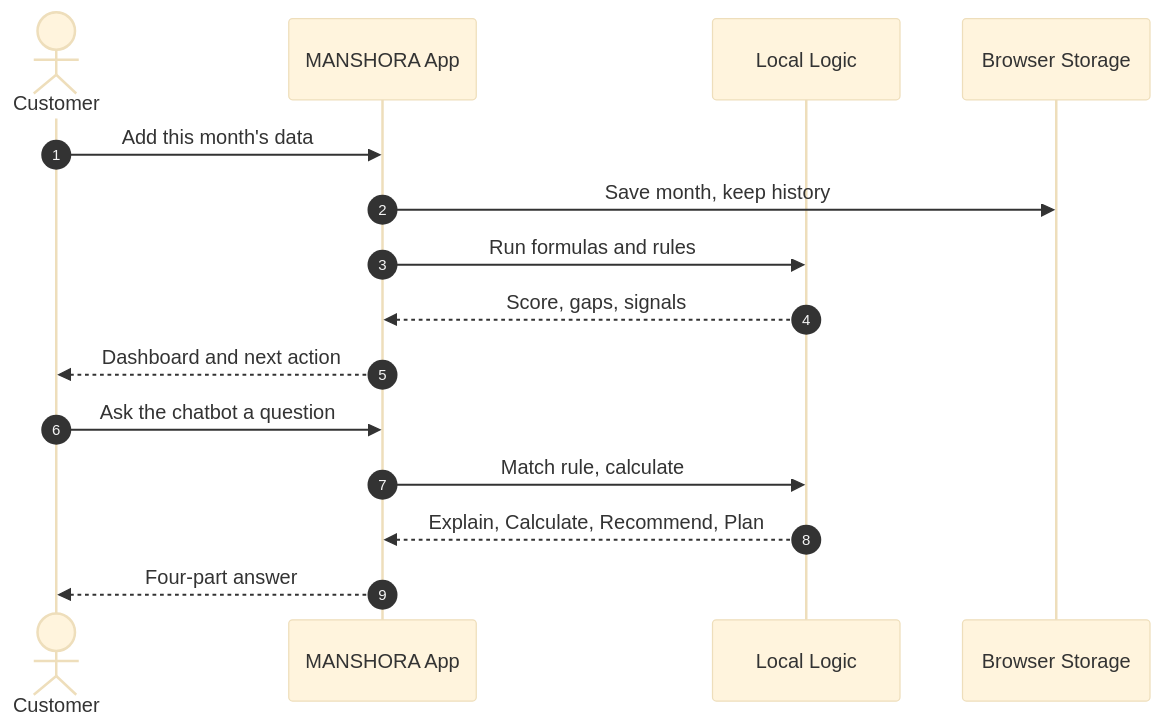
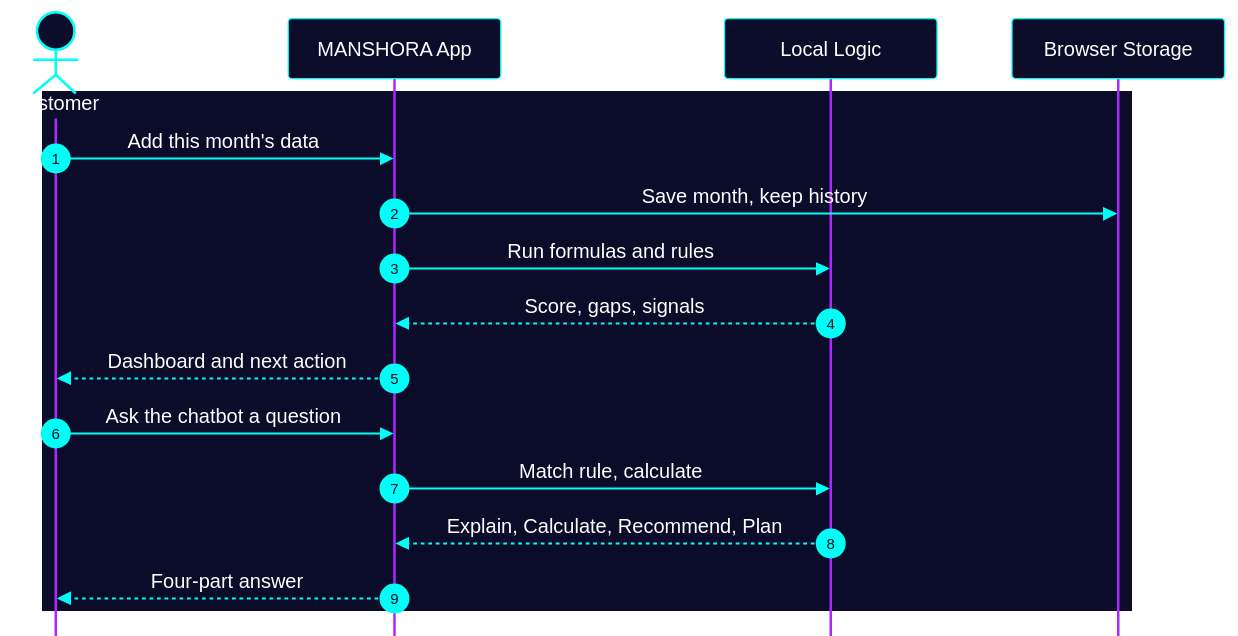
One commit to Mansi232323/MANSHORA changed the sixth of 17 diagrams in README.md. Above: the diagram before and after it, drawn with Mermaid. The commit also changed other lines of this file, not shown here.

````diff
--- a/README.md
+++ b/README.md
@@ -274,18 +274,20 @@
 ```mermaid
-%%{init: {'theme':'base','themeVariables':{'fontSize':'16px','fontFamily':'Arial, Helvetica, sans-serif'}}}%%
+%%{init: {'theme':'base','themeVariables':{'fontSize':'16px','fontFamily':'Arial, Helvetica, sans-serif','primaryColor':'#0b0b2a','primaryTextColor':'#ffffff','primaryBorderColor':'#00fff7','textColor':'#ffffff','lineColor':'#00fff7','actorBkg':'#0b0b2a','actorBorder':'#00fff7','actorTextColor':'#ffffff','actorLineColor':'#b026ff','signalColor':'#00fff7','signalTextColor':'#ffffff','labelBoxBkgColor':'#0b0b2a','labelBoxBorderColor':'#00fff7','labelTextColor':'#ffffff','loopTextColor':'#ffffff','noteBkgColor':'#2b2600','noteTextColor':'#ffffff','noteBorderColor':'#fff200','activationBkgColor':'#042f3a','activationBorderColor':'#00fff7','sequenceNumberColor':'#0b0b2a','background':'#0b0b2a'},'sequence':{'actorMargin':60,'messageMargin':34,'boxMargin':10,'mirrorActors':false,'width':170,'height':48}}}%%
 sequenceDiagram
     autonumber
     actor U as Customer
     participant A as MANSHORA App
     participant L as Local Logic
     participant S as Browser Storage
-    U->>A: Add this month's data
-    A->>S: Save month, keep history
-    A->>L: Run formulas and rules
-    L-->>A: Score, gaps, signals
-    A-->>U: Dashboard and next action
-    U->>A: Ask the chatbot a question
-    A->>L: Match rule, calculate
-    L-->>A: Explain, Calculate, Recommend, Plan
-    A-->>U: Four-part answer
+    rect rgb(11, 11, 42)
+        U->>A: Add this month's data
+        A->>S: Save month, keep history
+        A->>L: Run formulas and rules
+        L-->>A: Score, gaps, signals
+        A-->>U: Dashboard and next action
+        U->>A: Ask the chatbot a question
+        A->>L: Match rule, calculate
+        L-->>A: Explain, Calculate, Recommend, Plan
+        A-->>U: Four-part answer
+    end
 ```
````
